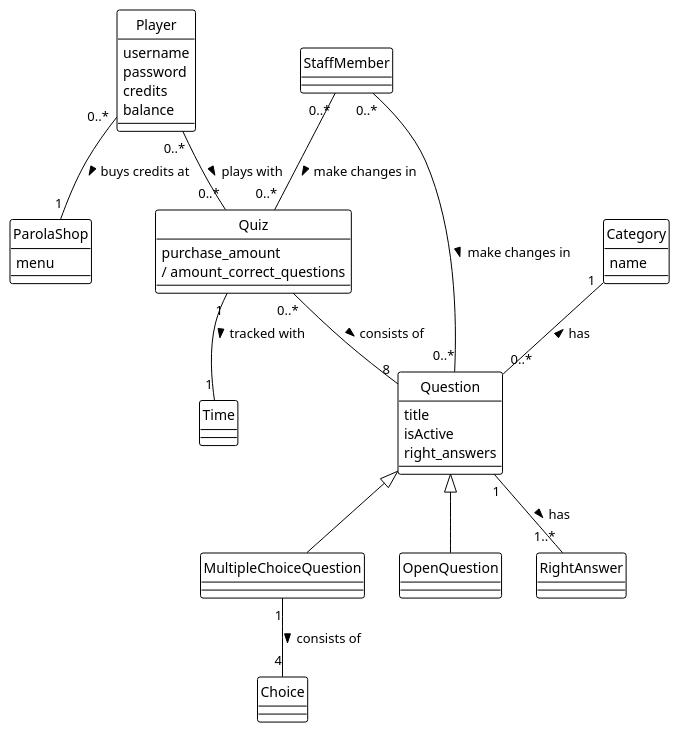
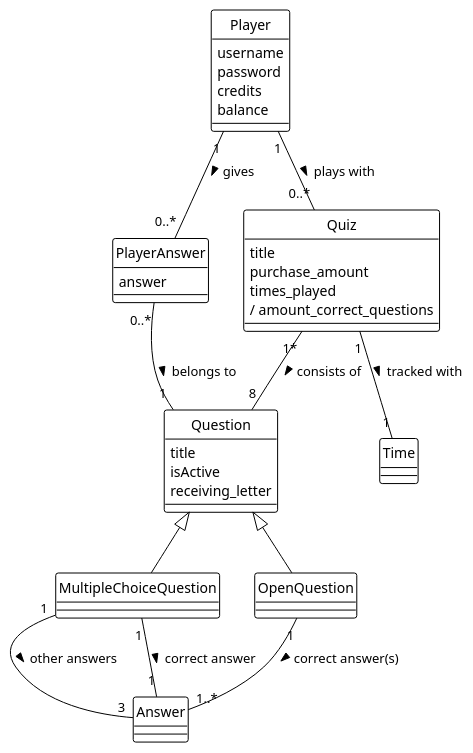
The diagram in diagrams/domainmodel.puml (jchen2011/Parola), drawn with PlantUML before and after one commit. The commit also changed 15 other files, not shown here.

```diff
--- a/diagrams/domainmodel.puml
+++ b/diagrams/domainmodel.puml
@@ -1,65 +1,59 @@
 @startuml
 !theme plain
 skinparam style strictuml
 
 class Player {
   username
   password
   credits
   balance
 }
 
+class PlayerAnswer {
+answer
+}
 
 class Quiz {
+  title
   purchase_amount
+  times_played
   / amount_correct_questions
 }
 
 class Question {
   title
   isActive
-  right_answers
-}
-
-
-class ParolaShop {
-  menu
-}
-
-class StaffMember {
-
+  receiving_letter
 }
 
 
 class Time {
 
 }
 
 
 class MultipleChoiceQuestion {
 }
 
 
 class OpenQuestion {
 }
 
-class Category {
-  name
-}
 
-class Choice {
+
+Class Answer {
 
 }
 
-Player "0..*" -- "0..*" Quiz : plays with >
-Player "0..*" -- "1" ParolaShop : buys credits at >
-Category "1" -- "0..*" Question : has <
-Quiz "0..*" -- "8" Question : consists of >
+Player "1" -- "0..*" PlayerAnswer :> gives
+PlayerAnswer "0..*" -- "1" Question : belongs to >
+Player "1" -- "0..*" Quiz : plays with >
+Quiz "1*" -- "8" Question : consists of >
 Quiz "1" -- "1" Time : tracked with >
-StaffMember "0..*" -- "0..*" Quiz : make changes in >
-StaffMember "0..*" -- "0..*" Question : make changes in >
 Question <|-- MultipleChoiceQuestion
 Question <|-- OpenQuestion
-MultipleChoiceQuestion "1" -- "4" Choice : consists of >
-Question  "1" -- "1..*" RightAnswer : has >
+MultipleChoiceQuestion "1" -- "3" Answer : other answers >
+MultipleChoiceQuestion "1" -- "1" Answer : correct answer >
+OpenQuestion "1" -- "1..*" Answer : correct answer(s) >
+
 @enduml
```
